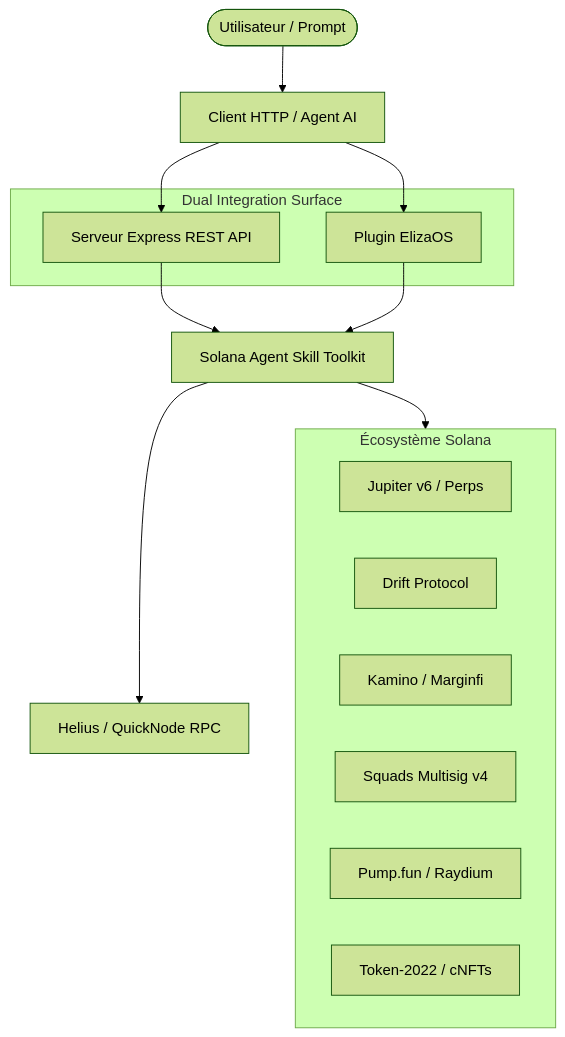
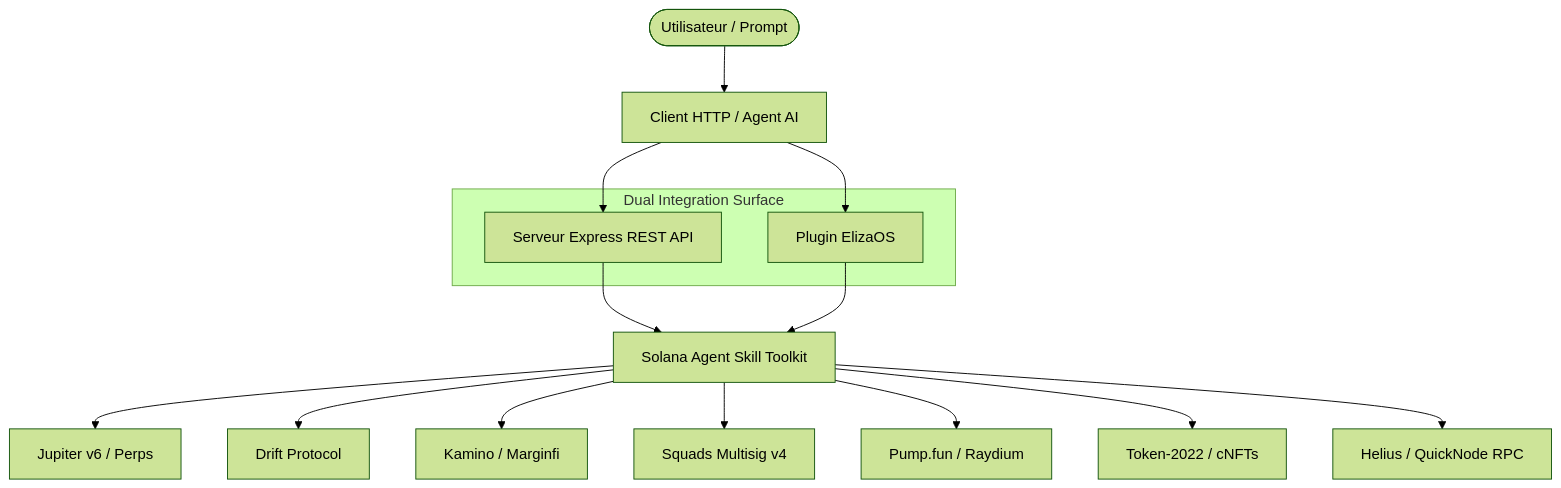
The diagram in README.md (languillemax/solana-agent-skill), drawn with Mermaid (forest theme) before and after one commit. The commit also changed other lines of this file, not shown here.

Commit message:
docs: clarification 13 tests/10 zones, harmonisation anglophone et liens directs mermaid

````diff
--- a/README.md
+++ b/README.md
@@ -9,22 +9,20 @@
 ```mermaid
 graph TD
     User([Utilisateur / Prompt]) --> Client[Client HTTP / Agent AI]
     subgraph Dual Surface[Dual Integration Surface]
         Express[Serveur Express REST API]
         Eliza[Plugin ElizaOS]
     end
     Client --> Express
     Client --> Eliza
     Express --> Skill[Solana Agent Skill Toolkit]
     Eliza --> Skill
-    Skill --> Protocols
-    subgraph Protocols[Écosystème Solana]
-        Jupiter[Jupiter v6 / Perps]
-        Drift[Drift Protocol]
-        Kamino[Kamino / Marginfi]
-        Squads[Squads Multisig v4]
-        Pump[Pump.fun / Raydium]
-        Token[Token-2022 / cNFTs]
-    end
+
+    Skill --> Jupiter[Jupiter v6 / Perps]
+    Skill --> Drift[Drift Protocol]
+    Skill --> Kamino[Kamino / Marginfi]
+    Skill --> Squads[Squads Multisig v4]
+    Skill --> Pump[Pump.fun / Raydium]
+    Skill --> Token[Token-2022 / cNFTs]
     Skill --> RPC[Helius / QuickNode RPC]
 ```
````
